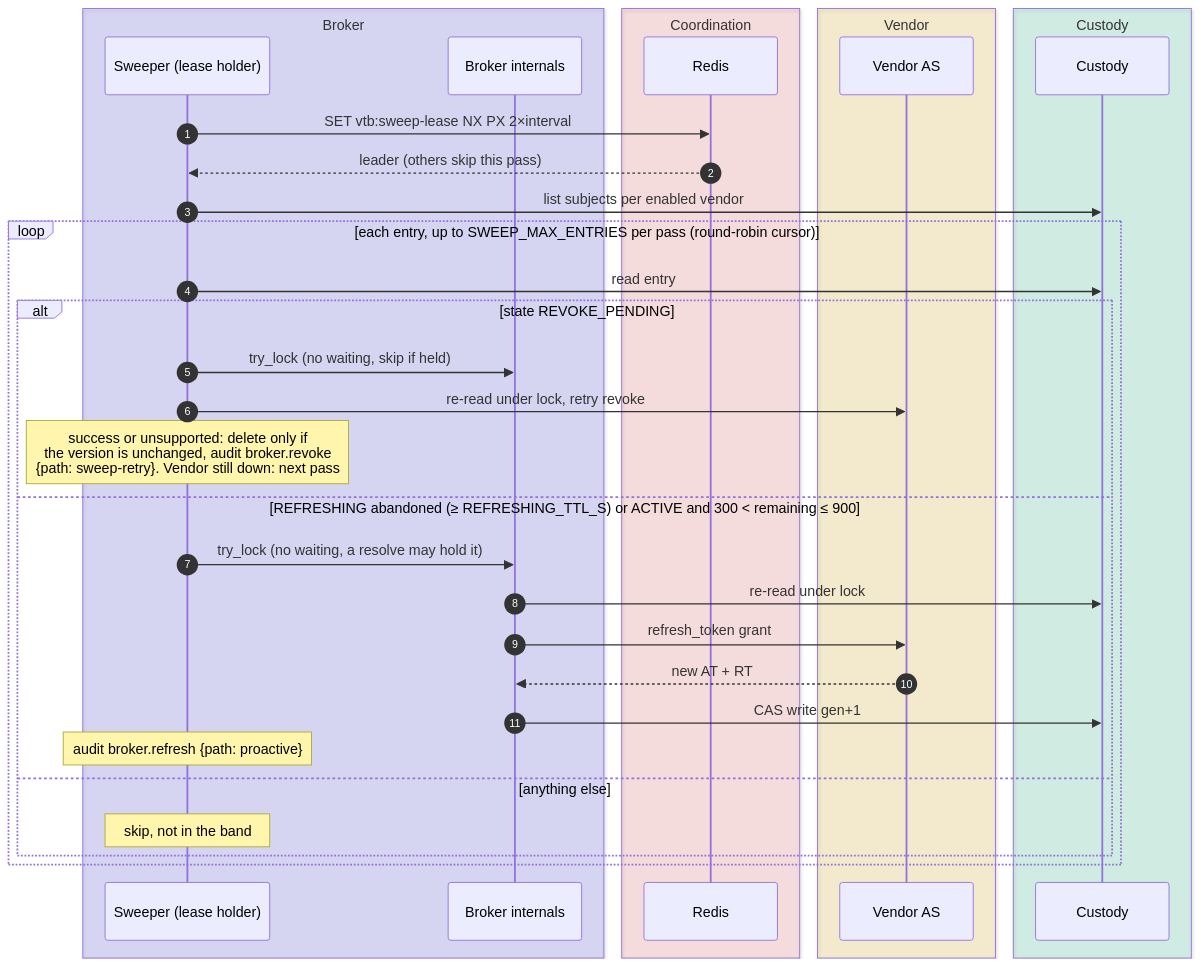
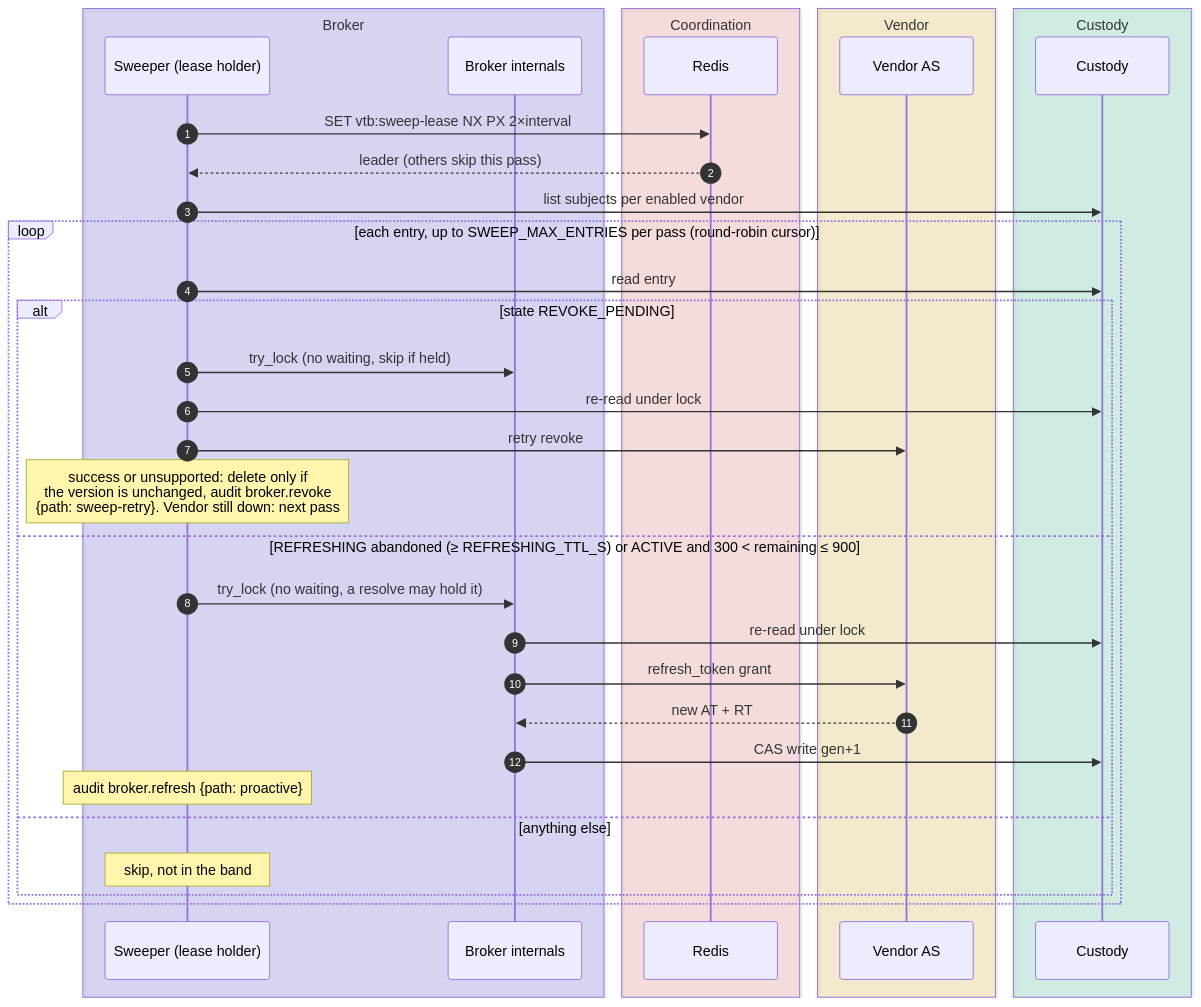
The fifth of 11 diagrams in docs/token-lifecycle.md (chief-builder/vendor-token-broker), drawn with Mermaid before and after one commit. The commit also changed other lines of this file and 15 other files, not shown here.

````diff
--- a/docs/token-lifecycle.md
+++ b/docs/token-lifecycle.md
@@ -282,38 +289,39 @@
 ```mermaid
 sequenceDiagram
     autonumber
     box rgba(99,102,241,0.20) Broker
         participant S as Sweeper (lease holder)
         participant B as Broker internals
     end
     box rgba(239,68,68,0.14) Coordination
         participant R as Redis
     end
     box rgba(234,179,8,0.16) Vendor
         participant V as Vendor AS
     end
     box rgba(16,185,129,0.16) Custody
         participant K as Custody
     end
 
     S->>R: SET vtb:sweep-lease NX PX 2×interval
     R-->>S: leader (others skip this pass)
     S->>K: list subjects per enabled vendor
     loop each entry, up to SWEEP_MAX_ENTRIES per pass (round-robin cursor)
         S->>K: read entry
         alt state REVOKE_PENDING
             S->>B: try_lock (no waiting, skip if held)
-            S->>V: re-read under lock, retry revoke
+            S->>K: re-read under lock
+            S->>V: retry revoke
             Note over S: success or unsupported: delete only if<br/>the version is unchanged, audit broker.revoke<br/>{path: sweep-retry}. Vendor still down: next pass
         else REFRESHING abandoned (≥ REFRESHING_TTL_S) or ACTIVE and 300 < remaining ≤ 900
             S->>B: try_lock (no waiting, a resolve may hold it)
             B->>K: re-read under lock
             B->>V: refresh_token grant
             V-->>B: new AT + RT
             B->>K: CAS write gen+1
             Note over S: audit broker.refresh {path: proactive}
         else anything else
             Note over S: skip, not in the band
         end
     end
 ```
````
